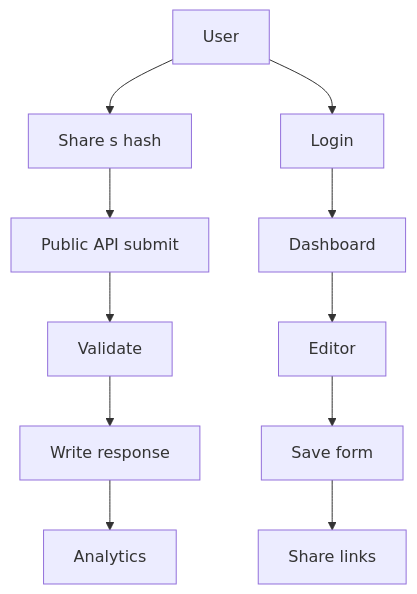
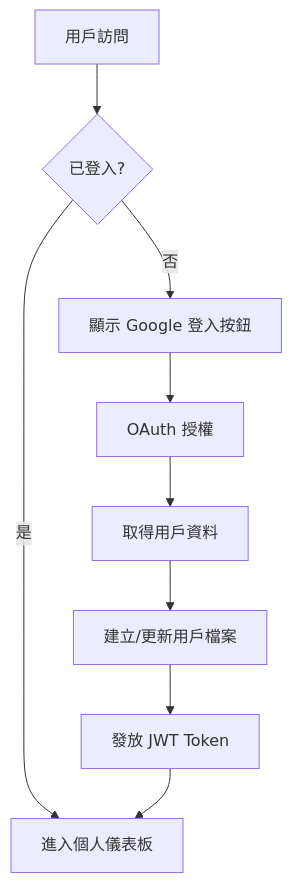
One commit to Jeffrey0117/Qter changed the first of 2 diagrams in roo/prd.md. Above: the diagram before and after it, drawn with Mermaid. The commit also changed other lines of this file and 1 other file, not shown here.

Commit message:
feat: 更新 PRD - 新增 Google OAuth 登入與個人問卷庫系統規劃

````diff
--- a/roo/prd.md
+++ b/roo/prd.md
@@ -265,13 +21,11 @@
 ```mermaid
 flowchart TD
-    U[User] --> S[Share s hash]
-    S --> P[Public API submit]
-    P --> V[Validate]
-    V --> W[Write response]
-    W --> A[Analytics]
-    U --> L[Login]
-    L --> D[Dashboard]
-    D --> E[Editor]
-    E --> B[Save form]
-    B --> R[Share links]
+    A[用戶訪問] --> B{已登入?}
+    B -->|否| C[顯示 Google 登入按鈕]
+    C --> D[OAuth 授權]
+    D --> E[取得用戶資料]
+    E --> F[建立/更新用戶檔案]
+    F --> G[發放 JWT Token]
+    B -->|是| H[進入個人儀表板]
+    G --> H
 ```
````
